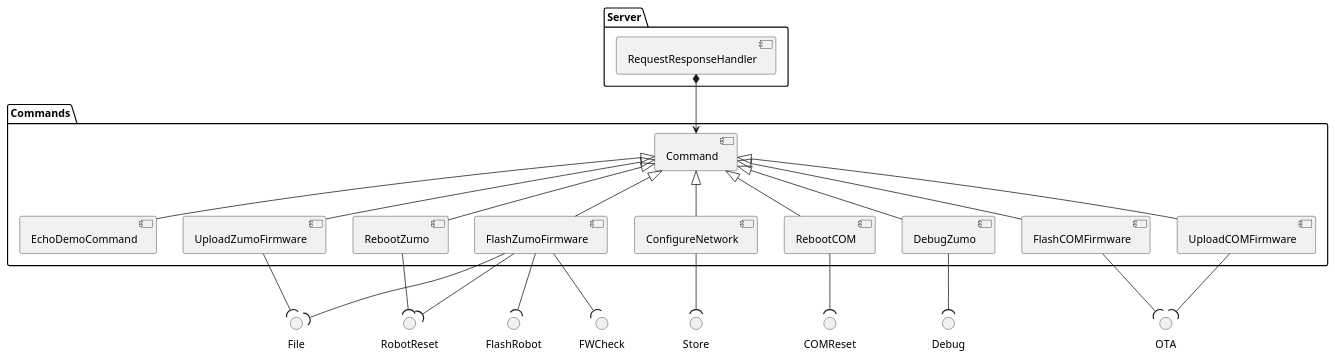
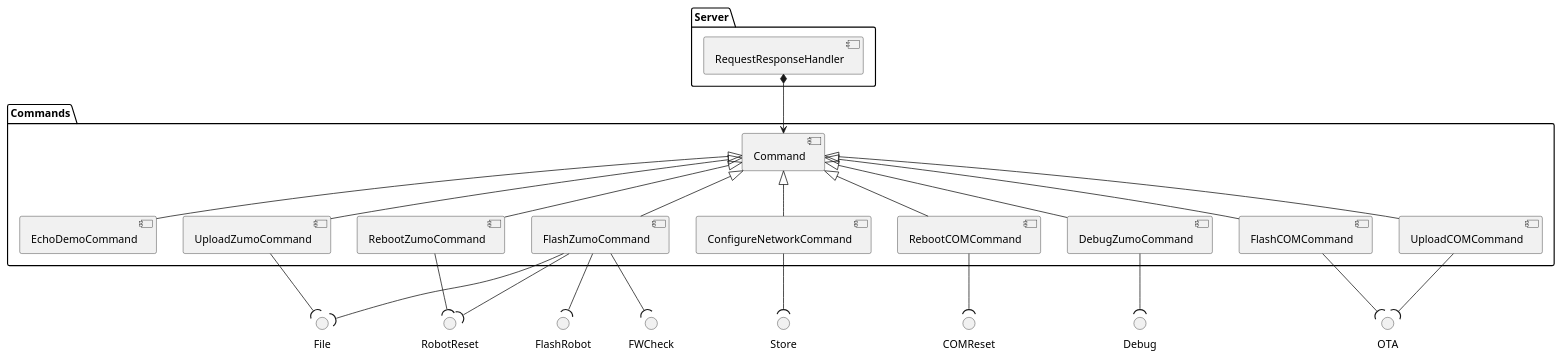
The diagram in doc/architecture/server/03_Commands.plantuml (NewTec-GmbH/ZumoComSystem), drawn with PlantUML before and after one commit. The commit also changed 9 other files, not shown here.

Commit message:
refactor(server): Update design diagrams #65

```diff
--- a/doc/architecture/server/03_Commands.plantuml
+++ b/doc/architecture/server/03_Commands.plantuml
@@ -1,50 +1,50 @@
 @startuml
 package Server {
     component "RequestResponseHandler" as RequestResponseHandler
 }
 
 interface "COMReset" as comreset
 interface "RobotReset" as robotreset
 interface "Debug" as debug
 interface "OTA" as ota
 interface "FlashRobot" as flashrobot
 interface "FWCheck" as FWCheck
 interface "File" as File
 interface "Store" as Store
 
 package Commands {
     component Command
     component "EchoDemoCommand" as echodemocommand
-    component "UploadZumoFirmware" as uploadzumoservice
-    component "FlashZumoFirmware" as flashzumoservice
-    component "ConfigureNetwork" as credconfig
-    component "RebootZumo" as resetzumoservice
-    component "RebootCOM" as resetcomplatforomservice
-    component "DebugZumo" as zumodebug
-    component "UploadCOMFirmware" as uploadcomfirmware
-    component "FlashCOMFirmware" as flashcomfirmware
+    component "UploadZumoCommand" as uploadzumoservice
+    component "FlashZumoCommand" as flashzumoservice
+    component "ConfigureNetworkCommand" as credconfig
+    component "RebootZumoCommand" as resetzumoservice
+    component "RebootCOMCommand" as resetcomplatforomservice
+    component "DebugZumoCommand" as zumodebug
+    component "UploadCOMCommand" as uploadcomfirmware
+    component "FlashCOMCommand" as flashcomfirmware
 
     Command <|-- echodemocommand
     Command <|-- uploadzumoservice
     Command <|-- flashzumoservice
     Command <|-- credconfig
     Command <|-- resetzumoservice
     Command <|-- resetcomplatforomservice
     Command <|-- zumodebug
     Command <|-- uploadcomfirmware
     Command <|-- flashcomfirmware
     RequestResponseHandler *--> Command
 
     uploadzumoservice -down-(File
     uploadcomfirmware -down-(ota
     flashcomfirmware -down-(ota
     credconfig -down-(Store
     flashzumoservice -down-(FWCheck
     flashzumoservice -down-(File
     flashzumoservice -down-(flashrobot
     flashzumoservice -down-(robotreset
     resetcomplatforomservice -down-(comreset
     resetzumoservice -down-(robotreset
     zumodebug -down-(debug
 }
 @enduml
```
